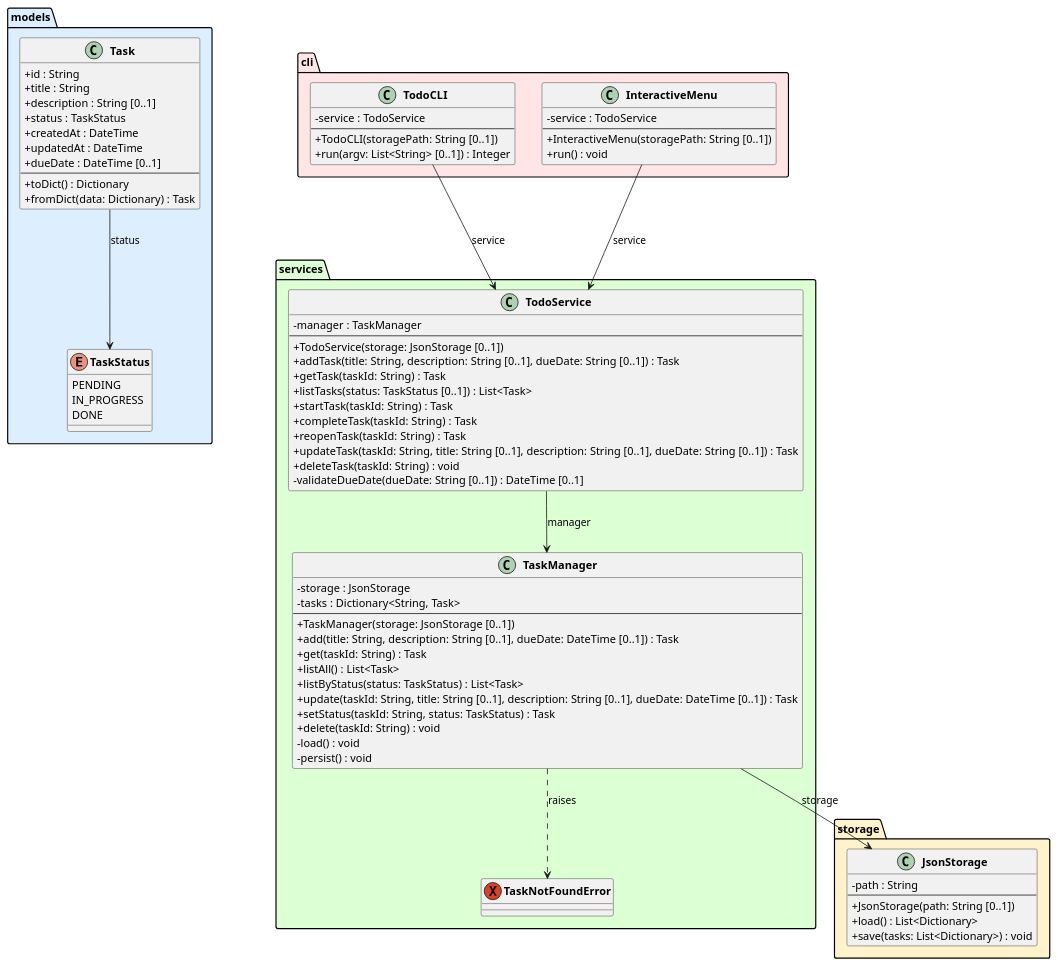
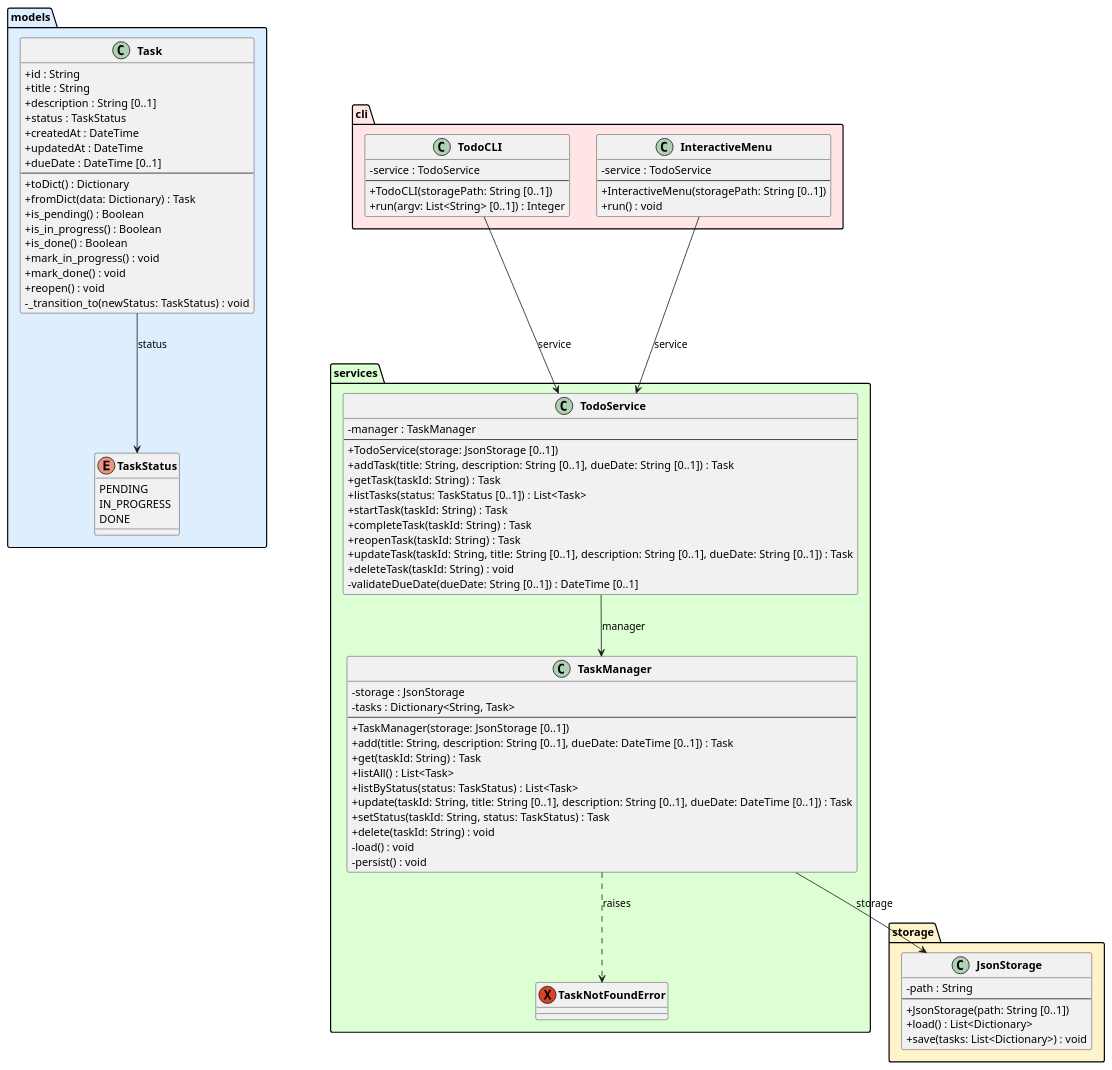
Before and after one commit to DanielRiha8906/Software_autoevolution_using_agents: the diagram in experiments/pipeline/user_stories/TODO/artifacts/class_diagram.puml, drawn with PlantUML. The commit also changed 4 other files, not shown here.

```diff
--- a/experiments/pipeline/user_stories/TODO/artifacts/class_diagram.puml
+++ b/experiments/pipeline/user_stories/TODO/artifacts/class_diagram.puml
@@ -1,95 +1,102 @@
 @startuml class_diagram
 
 skinparam classAttributeIconSize 0
 skinparam classFontStyle bold
 
 package "models" #DDEEFF {
     enum TaskStatus {
         PENDING
         IN_PROGRESS
         DONE
     }
 
     class Task {
         +id : String
         +title : String
         +description : String [0..1]
         +status : TaskStatus
         +createdAt : DateTime
         +updatedAt : DateTime
         +dueDate : DateTime [0..1]
         --
         +toDict() : Dictionary
         +fromDict(data: Dictionary) : Task
+        +is_pending() : Boolean
+        +is_in_progress() : Boolean
+        +is_done() : Boolean
+        +mark_in_progress() : void
+        +mark_done() : void
+        +reopen() : void
+        -_transition_to(newStatus: TaskStatus) : void
     }
 }
 
 package "storage" #FFF3CC {
     class JsonStorage {
         -path : String
         --
         +JsonStorage(path: String [0..1])
         +load() : List<Dictionary>
         +save(tasks: List<Dictionary>) : void
     }
 }
 
 package "services" #DDFFD4 {
     exception TaskNotFoundError
 
     class TaskManager {
         -storage : JsonStorage
         -tasks : Dictionary<String, Task>
         --
         +TaskManager(storage: JsonStorage [0..1])
         +add(title: String, description: String [0..1], dueDate: DateTime [0..1]) : Task
         +get(taskId: String) : Task
         +listAll() : List<Task>
         +listByStatus(status: TaskStatus) : List<Task>
         +update(taskId: String, title: String [0..1], description: String [0..1], dueDate: DateTime [0..1]) : Task
         +setStatus(taskId: String, status: TaskStatus) : Task
         +delete(taskId: String) : void
         -load() : void
         -persist() : void
     }
 
     class TodoService {
         -manager : TaskManager
         --
         +TodoService(storage: JsonStorage [0..1])
         +addTask(title: String, description: String [0..1], dueDate: String [0..1]) : Task
         +getTask(taskId: String) : Task
         +listTasks(status: TaskStatus [0..1]) : List<Task>
         +startTask(taskId: String) : Task
         +completeTask(taskId: String) : Task
         +reopenTask(taskId: String) : Task
         +updateTask(taskId: String, title: String [0..1], description: String [0..1], dueDate: String [0..1]) : Task
         +deleteTask(taskId: String) : void
         -validateDueDate(dueDate: String [0..1]) : DateTime [0..1]
     }
 }
 
 package "cli" #FFE5E5 {
     class TodoCLI {
         -service : TodoService
         --
         +TodoCLI(storagePath: String [0..1])
         +run(argv: List<String> [0..1]) : Integer
     }
 
     class InteractiveMenu {
         -service : TodoService
         --
         +InteractiveMenu(storagePath: String [0..1])
         +run() : void
     }
 }
 
 Task --> TaskStatus : status
 TaskManager --> JsonStorage : storage
 TaskManager ..> TaskNotFoundError : raises
 TodoService --> TaskManager : manager
 TodoCLI --> TodoService : service
 InteractiveMenu --> TodoService : service
 
 @enduml
```
